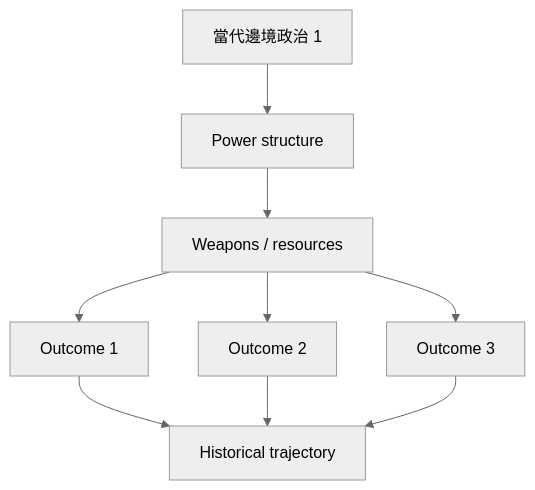
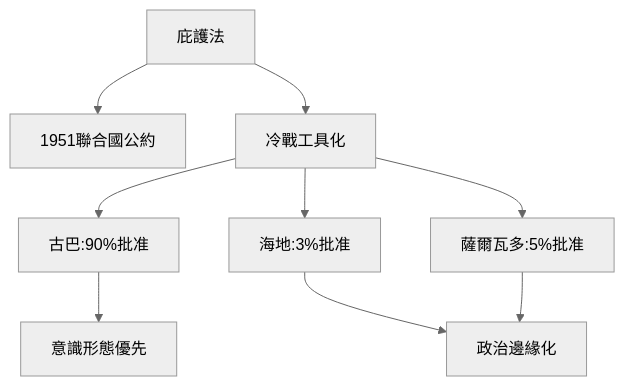
The fifth of 10 diagrams in 02_Harvard_Courses/Fall_Courses/Hist23_Immigration_Law.md (yip-lgtm/HKU-Harvard-History-Self-Study), drawn with Mermaid (neutral theme) before and after one commit. The commit also changed other lines of this file and 65 other files, not shown here.

````diff
--- a/02_Harvard_Courses/Fall_Courses/Hist23_Immigration_Law.md
+++ b/02_Harvard_Courses/Fall_Courses/Hist23_Immigration_Law.md
@@ -263,11 +246,11 @@
 ```mermaid
 graph TD
-    A[當代邊境政治 1] --> B[Power structure]
-    B --> C[Weapons / resources]
-    C --> D[Outcome 1]
-    C --> E[Outcome 2]
-    C --> F[Outcome 3]
-    D --> G[Historical trajectory]
-    E --> G
-    F --> G
+    A[庇護法] --> B[1951聯合國公約]
+    A --> C[冷戰工具化]
+    C --> D[古巴:90%批准]
+    C --> E[海地:3%批准]
+    C --> F[薩爾瓦多:5%批准]
+    D --> G[意識形態優先]
+    E --> H[政治邊緣化]
+    F --> H
 ```
````
